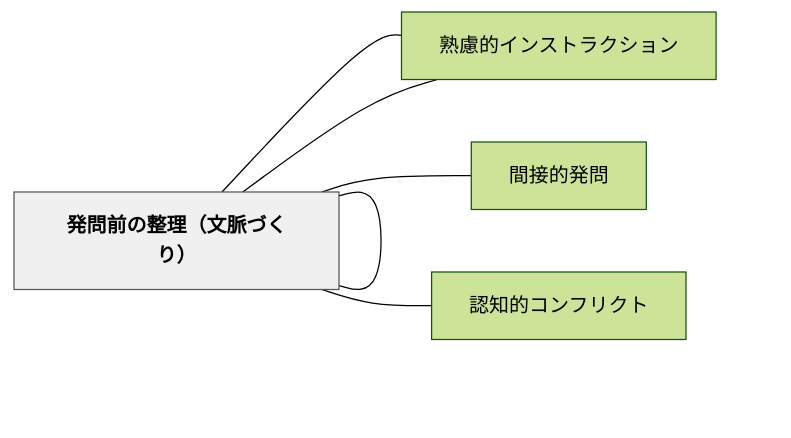
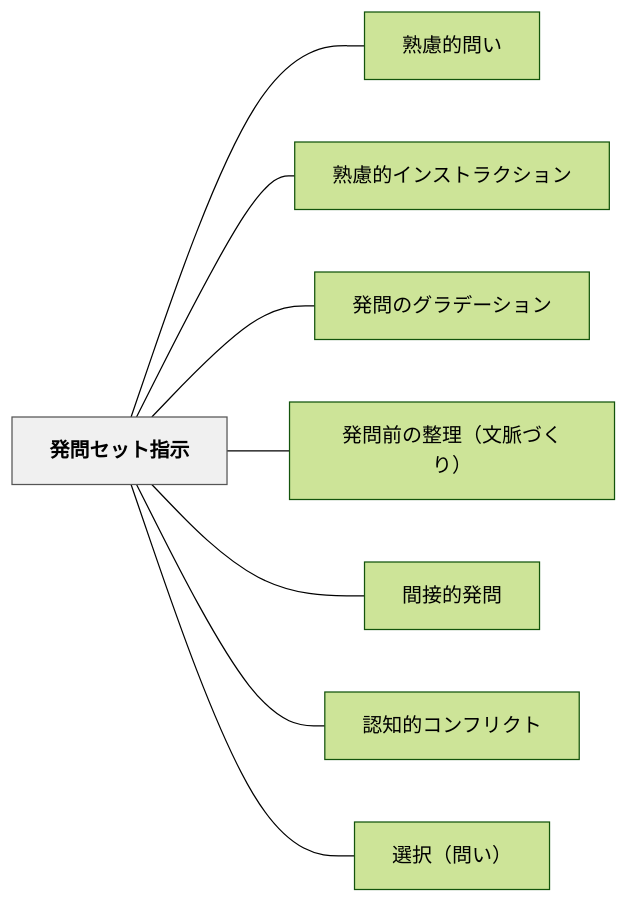
Before and after one commit to unknownthings-ed-patterns/unknownthings-ed-patterns: the diagram in content/パタン/発問セット指示.md, drawn with Mermaid (forest theme). The commit also changed other lines of this file and 527 other files, not shown here.

````diff
--- a/content/パタン/発問セット指示.md
+++ b/content/パタン/発問セット指示.md
@@ -84,20 +85,22 @@
 ```mermaid
 flowchart LR
-    ne799bae5958f["発問セット指示"]
-    ne7869fe685ae["熟慮的問い"]
-    ne7869fe685ae["熟慮的インストラクション"]
-    ne799bae5958f["発問のグラデーション"]
-    ne799bae5958f["発問前の整理（文脈づくり）"]
-    ne99693e68ea5["間接的発問"]
-    ne8aa8de79fa5["認知的コンフリクト"]
+    ne799bae5958fe382bbe38383e38388e68c87e7a4ba["発問セット指示"]
+    ne7869fe685aee79a84e5958fe38184["熟慮的問い"]
+    ne7869fe685aee79a84e382a4e383b3e382b9e38388e383a9e382afe382b7e383a7e383b3["熟慮的インストラクション"]
+    ne799bae5958fe381aee382b0e383a9e38387e383bce382b7e383a7e383b3["発問のグラデーション"]
+    ne799bae5958fe5898de381aee695b4e79086efbc88e69687e88488e381a5e3818fe3828aefbc89["発問前の整理（文脈づくり）"]
+    ne99693e68ea5e79a84e799bae5958f["間接的発問"]
+    ne8aa8de79fa5e79a84e382b3e383b3e38395e383aae382afe38388["認知的コンフリクト"]
+    ne981b8e68a9eefbc88e5958fe38184efbc89["選択（問い）"]
 
-    ne799bae5958f --- ne7869fe685ae
-    ne799bae5958f --- ne7869fe685ae
-    ne799bae5958f --- ne799bae5958f
-    ne799bae5958f --- ne799bae5958f
-    ne799bae5958f --- ne99693e68ea5
-    ne799bae5958f --- ne8aa8de79fa5
+    ne799bae5958fe382bbe38383e38388e68c87e7a4ba --- ne7869fe685aee79a84e5958fe38184
+    ne799bae5958fe382bbe38383e38388e68c87e7a4ba --- ne7869fe685aee79a84e382a4e383b3e382b9e38388e383a9e382afe382b7e383a7e383b3
+    ne799bae5958fe382bbe38383e38388e68c87e7a4ba --- ne799bae5958fe381aee382b0e383a9e38387e383bce382b7e383a7e383b3
+    ne799bae5958fe382bbe38383e38388e68c87e7a4ba --- ne799bae5958fe5898de381aee695b4e79086efbc88e69687e88488e381a5e3818fe3828aefbc89
+    ne799bae5958fe382bbe38383e38388e68c87e7a4ba --- ne99693e68ea5e79a84e799bae5958f
+    ne799bae5958fe382bbe38383e38388e68c87e7a4ba --- ne8aa8de79fa5e79a84e382b3e383b3e38395e383aae382afe38388
+    ne799bae5958fe382bbe38383e38388e68c87e7a4ba --- ne981b8e68a9eefbc88e5958fe38184efbc89
 
     classDef hub fill:#f0f0f0,stroke:#555,color:#000,font-weight:bold
-    class ne799bae5958f hub
+    class ne799bae5958fe382bbe38383e38388e68c87e7a4ba hub
 ```
````
